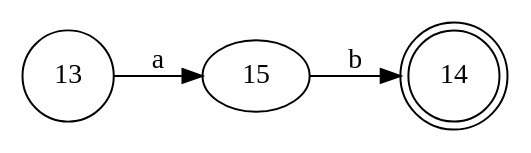
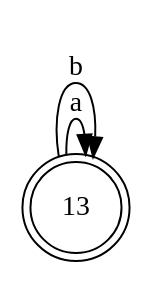
The diagram in test-output/automata1.gv (bryannalfaro/Dise-odeLenguajes), drawn with Graphviz before and after one commit. The commit also changed 4 other files, not shown here.

```diff
--- a/test-output/automata1.gv
+++ b/test-output/automata1.gv
@@ -1,7 +1,6 @@
 digraph automata1 {
 	rankdir=LR
-	13 [label=13 shape=circle]
-	14 [label=14 shape=doublecircle]
-	13 -> 15 [label=a]
-	15 -> 14 [label=b]
+	13 [label=13 shape=doublecircle]
+	13 -> 13 [label=a]
+	13 -> 13 [label=b]
 }
```
